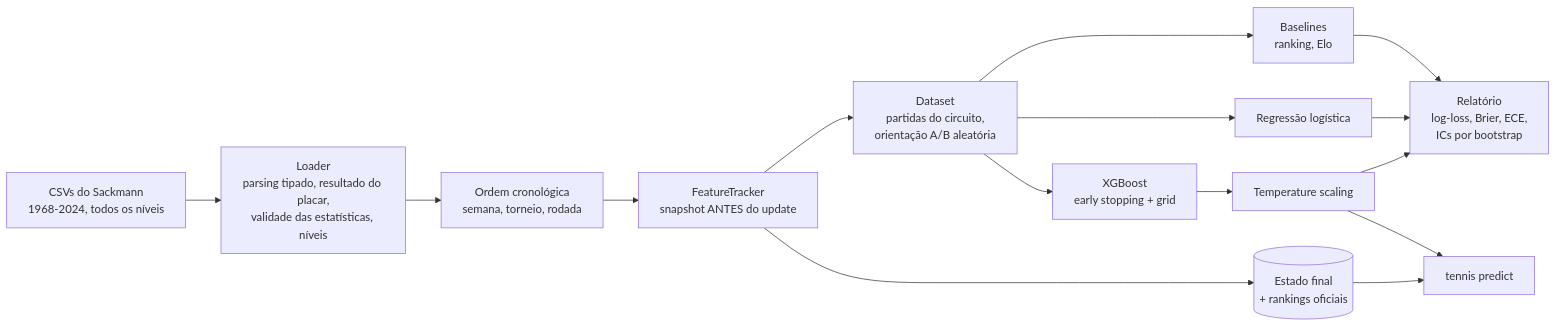
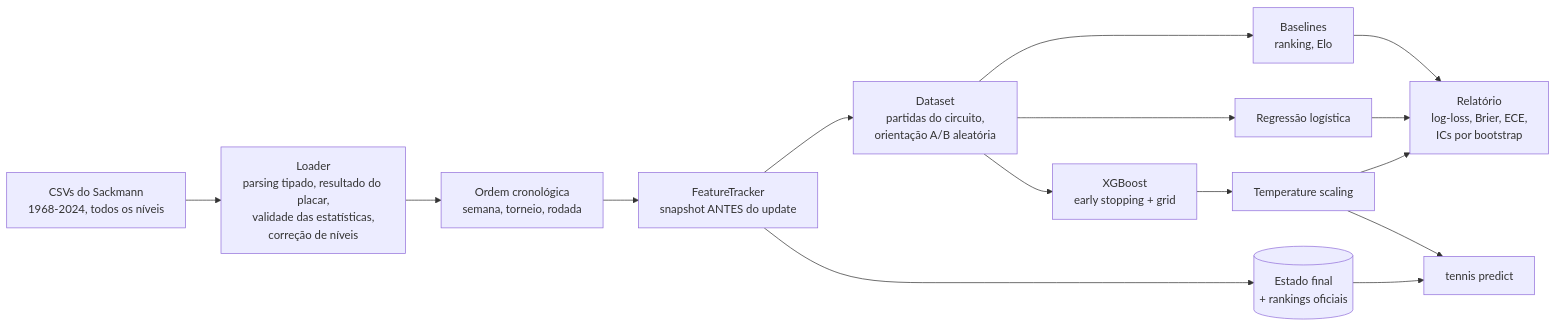
One commit to NAbobo101/tennis_db changed the diagram in README.pt-BR.md. Above: the diagram before and after it, drawn with Mermaid. The commit also changed other lines of this file and 3 other files, not shown here.

````diff
--- a/README.pt-BR.md
+++ b/README.pt-BR.md
@@ -155,15 +159,15 @@
 ```mermaid
 flowchart LR
-    A[CSVs do Sackmann<br/>1968-2024, todos os níveis] --> B[Loader<br/>parsing tipado, resultado do placar,<br/>validade das estatísticas, níveis]
+    A[CSVs do Sackmann<br/>1968-2024, todos os níveis] --> B[Loader<br/>parsing tipado, resultado do placar,<br/>validade das estatísticas,<br/>correção de níveis]
     B --> C[Ordem cronológica<br/>semana, torneio, rodada]
     C --> D[FeatureTracker<br/>snapshot ANTES do update]
     D --> E[Dataset<br/>partidas do circuito,<br/>orientação A/B aleatória]
     E --> F[Baselines<br/>ranking, Elo]
     E --> G[Regressão logística]
     E --> H[XGBoost<br/>early stopping + grid]
     H --> I[Temperature scaling]
     F & G & I --> J[Relatório<br/>log-loss, Brier, ECE,<br/>ICs por bootstrap]
     D --> K[(Estado final<br/>+ rankings oficiais)]
     I --> L[tennis predict]
     K --> L
 ```
````
